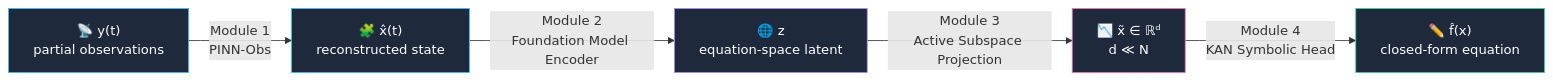
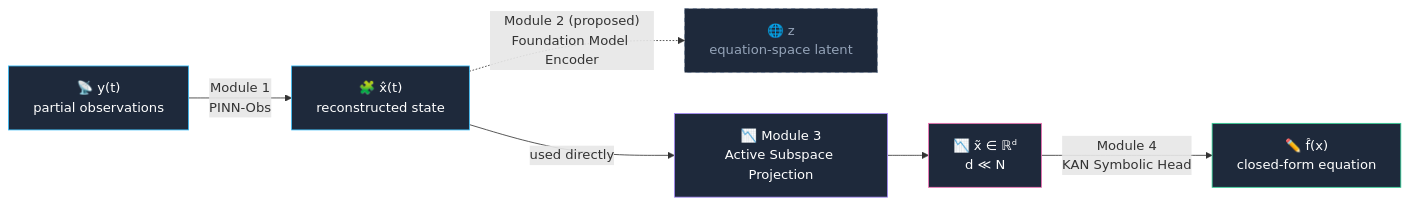
Before and after one commit to Eddiegah/SymFM: the diagram in README.md, drawn with Mermaid. The commit also changed other lines of this file, not shown here.

First line of the commit message:
Reframe README: foundation-model encoder is designed, not implemented

````diff
--- a/README.md
+++ b/README.md
@@ -67,13 +75,15 @@
 ```mermaid
 flowchart LR
     A["📡 y(t)<br/>partial observations"] -->|"Module 1<br/>PINN-Obs"| B["🧩 x̂(t)<br/>reconstructed state"]
-    B -->|"Module 2<br/>Foundation Model Encoder"| C["🌐 z<br/>equation-space latent"]
-    C -->|"Module 3<br/>Active Subspace Projection"| D["📉 x̃ ∈ ℝᵈ<br/>d ≪ N"]
+    B -.->|"Module 2 (proposed)<br/>Foundation Model Encoder"| C2["🌐 z<br/>equation-space latent"]
+    B -->|"used directly"| C["📉 Module 3<br/>Active Subspace Projection"]
+    C --> D["📉 x̃ ∈ ℝᵈ<br/>d ≪ N"]
     D -->|"Module 4<br/>KAN Symbolic Head"| E["✏️ f̂(x)<br/>closed-form equation"]
 
     style A fill:#1e293b,stroke:#38bdf8,color:#fff
     style B fill:#1e293b,stroke:#38bdf8,color:#fff
+    style C2 fill:#1e293b,stroke:#64748b,color:#94a3b8,stroke-dasharray:5 5
     style C fill:#1e293b,stroke:#a78bfa,color:#fff
     style D fill:#1e293b,stroke:#f472b6,color:#fff
     style E fill:#1e293b,stroke:#34d399,color:#fff
 ```
````
